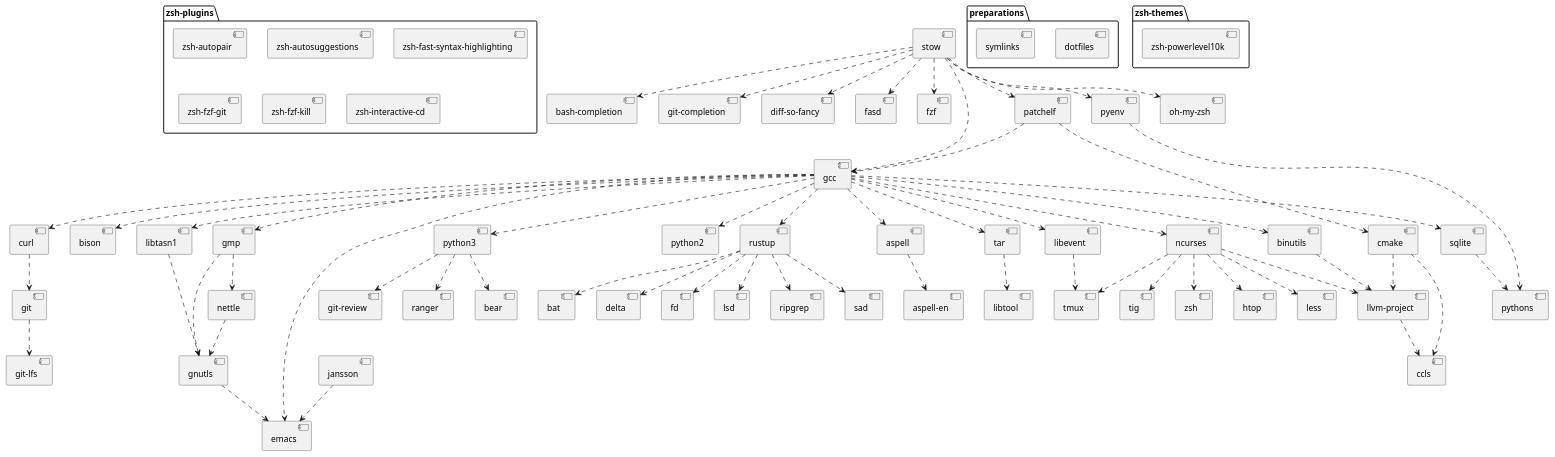
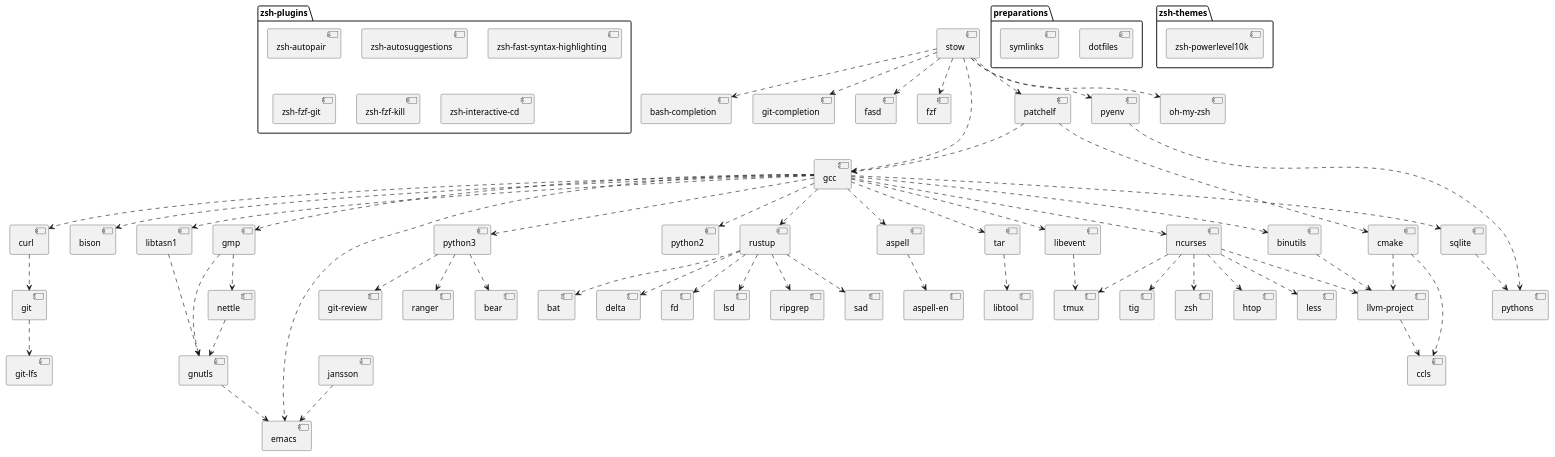
Before and after one commit to gessen/linsee-pkgs: the diagram in deps.plantuml, drawn with PlantUML. The commit also changed 1 other file, not shown here.

Commit message:
diff-so-fancy: remove package

```diff
--- a/deps.plantuml
+++ b/deps.plantuml
@@ -1,96 +1,95 @@
 @startuml
 
 package "preparations" {
   [dotfiles]
   [symlinks]
 }
 
 package "zsh-plugins" {
   [zsh-autopair]
   [zsh-autosuggestions]
   [zsh-fast-syntax-highlighting]
   [zsh-fzf-git]
   [zsh-fzf-kill]
   [zsh-interactive-cd]
 }
 
 package "zsh-themes" {
   [zsh-powerlevel10k]
 }
 
 [stow] ..> [bash-completion]
 [stow] ..> [git-completion]
-[stow] ..> [diff-so-fancy]
 [stow] ..> [fasd]
 [stow] ..> [fzf]
 [stow] ..> [gcc]
 [stow] ..> [oh-my-zsh]
 [stow] ..> [patchelf]
 [stow] ..> [pyenv]
 
 [patchelf] ..> [gcc]
 [patchelf] ..> [cmake]
 
 [gcc] ..> [aspell]
 [gcc] ..> [binutils]
 [gcc] ..> [bison]
 [gcc] ..> [curl]
 [gcc] ..> [emacs]
 [gcc] ..> [gmp]
 [gcc] ..> [libevent]
 [gcc] ..> [libtasn1]
 [gcc] ..> [ncurses]
 [gcc] ..> [python2]
 [gcc] ..> [python3]
 [gcc] ..> [rustup]
 [gcc] ..> [sqlite]
 [gcc] ..> [tar]
 
 [cmake] ..> [ccls]
 [cmake] ..> [llvm-project]
 
 [pyenv] ..> [pythons]
 [sqlite] ..> [pythons]
 
 [python3] ..> [bear]
 [python3] ..> [git-review]
 [python3] ..> [ranger]
 
 [gmp] ..> [nettle]
 [gmp] ..> [gnutls]
 
 [libtasn1] ..> [gnutls]
 [nettle] ..> [gnutls]
 
 [gnutls] ..> [emacs]
 [jansson] ..> [emacs]
 
 [aspell] ..> [aspell-en]
 
 [binutils] ..> [llvm-project]
 
 [tar] ..> [libtool]
 
 [ncurses] ..> [htop]
 [ncurses] ..> [less]
 [ncurses] ..> [llvm-project]
 [ncurses] ..> [tig]
 [ncurses] ..> [tmux]
 [ncurses] ..> [zsh]
 
 [libevent] ..> [tmux]
 
 [curl] ..> [git]
 
 [git] ..> [git-lfs]
 
 [llvm-project] ..> [ccls]
 
 [rustup] ..> [bat]
 [rustup] ..> [delta]
 [rustup] ..> [fd]
 [rustup] ..> [lsd]
 [rustup] ..> [ripgrep]
 [rustup] ..> [sad]
 
 @enduml
```
